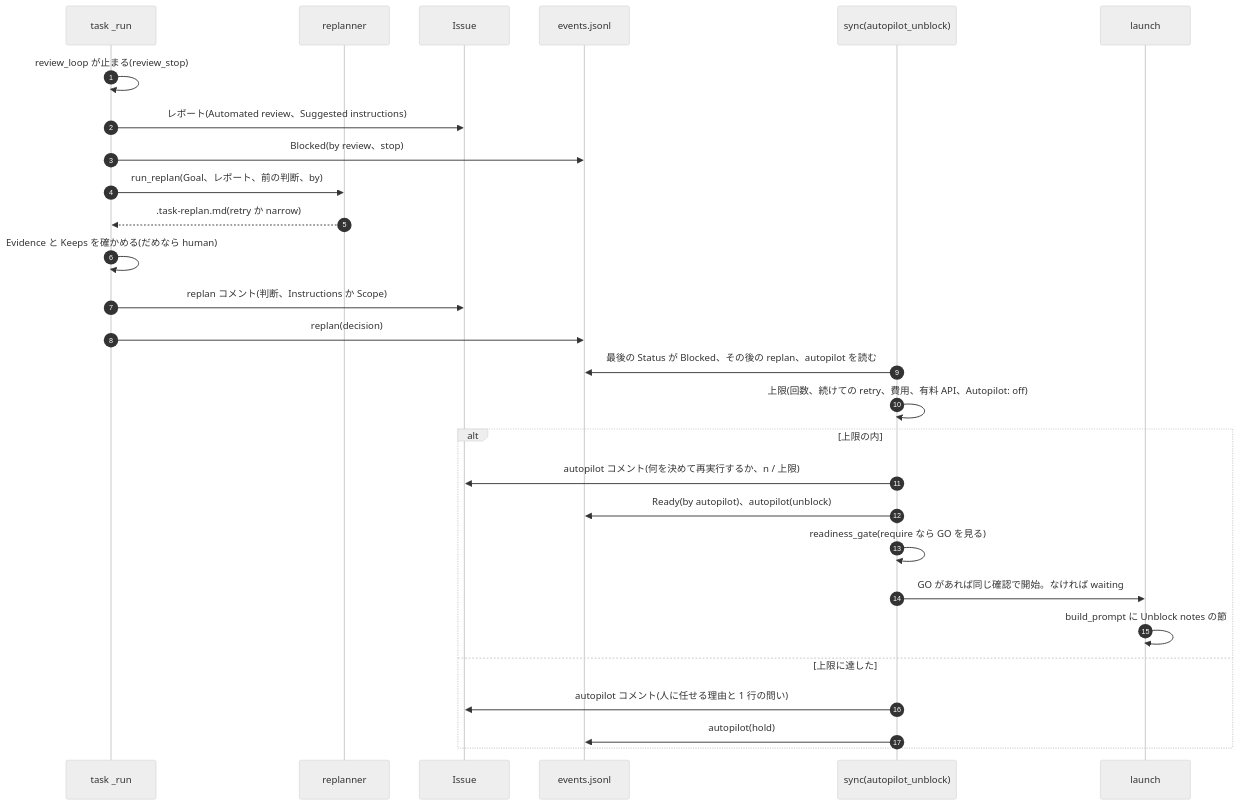
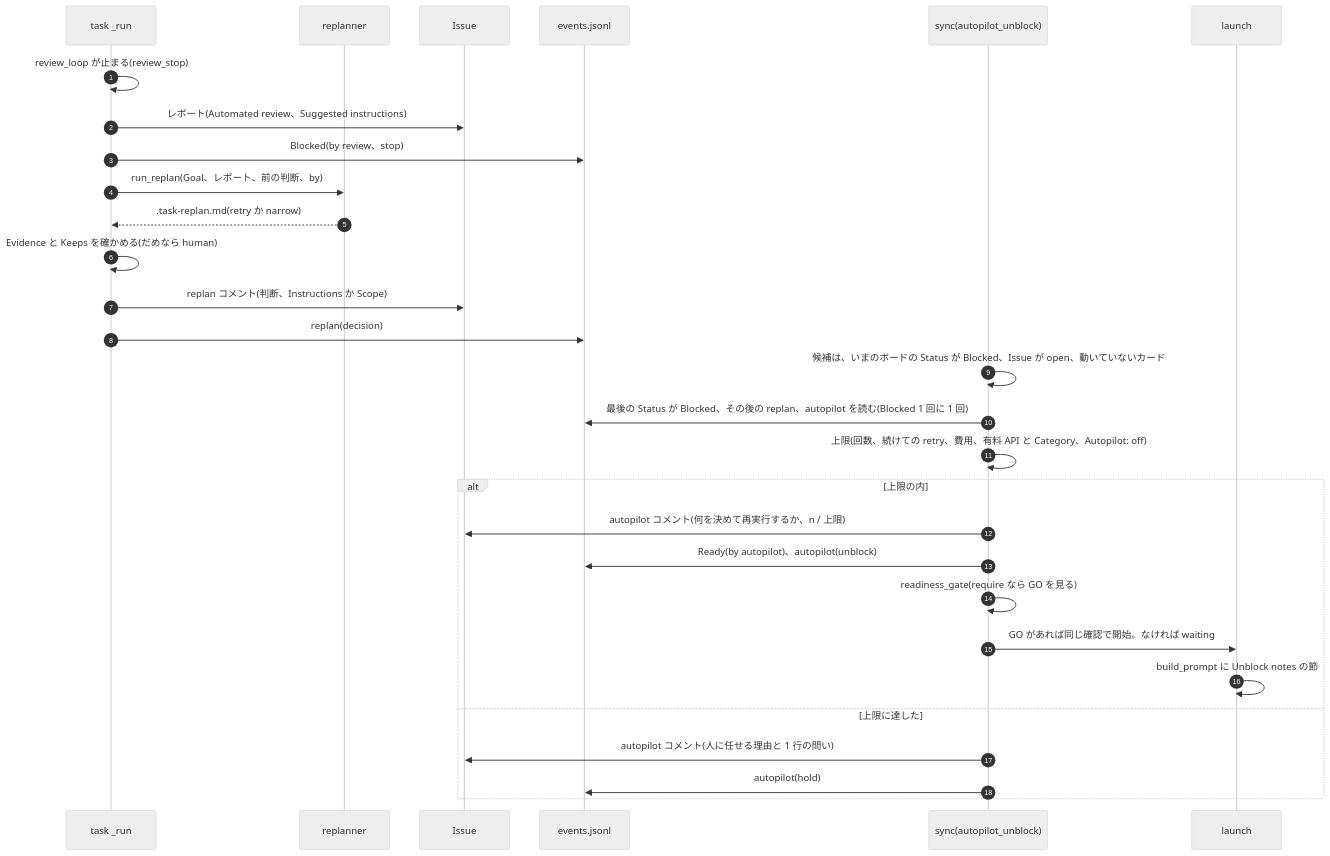
The third of 5 diagrams in docs/architecture/designs/autopilot-unblock.md (jyoka/task-hub), drawn with Mermaid (neutral theme) before and after one commit. The commit also changed other lines of this file, not shown here.

Commit message:
task 283: オートパイロット: Blocked を自分で片付ける(設計)

````diff
--- a/docs/architecture/designs/autopilot-unblock.md
+++ b/docs/architecture/designs/autopilot-unblock.md
@@ -157,30 +159,31 @@
 ```mermaid
 sequenceDiagram
     autonumber
     participant R as task _run
     participant P as replanner
     participant I as Issue
     participant E as events.jsonl
     participant S as sync(autopilot_unblock)
     participant L as launch
     R->>R: review_loop が止まる(review_stop)
     R->>I: レポート(Automated review、Suggested instructions)
     R->>E: Blocked(by review、stop)
     R->>P: run_replan(Goal、レポート、前の判断、by)
     P-->>R: .task-replan.md(retry か narrow)
     R->>R: Evidence と Keeps を確かめる(だめなら human)
     R->>I: replan コメント(判断、Instructions か Scope)
     R->>E: replan(decision)
-    S->>E: 最後の Status が Blocked、その後の replan、autopilot を読む
-    S->>S: 上限(回数、続けての retry、費用、有料 API、Autopilot: off)
+    S->>S: 候補は、いまのボードの Status が Blocked、Issue が open、動いていないカード
+    S->>E: 最後の Status が Blocked、その後の replan、autopilot を読む(Blocked 1 回に 1 回)
+    S->>S: 上限(回数、続けての retry、費用、有料 API と Category、Autopilot: off)
     alt 上限の内
         S->>I: autopilot コメント(何を決めて再実行するか、n / 上限)
         S->>E: Ready(by autopilot)、autopilot(unblock)
         S->>S: readiness_gate(require なら GO を見る)
         S->>L: GO があれば同じ確認で開始。なければ waiting
         L->>L: build_prompt に Unblock notes の節
     else 上限に達した
         S->>I: autopilot コメント(人に任せる理由と 1 行の問い)
         S->>E: autopilot(hold)
     end
 ```
````
